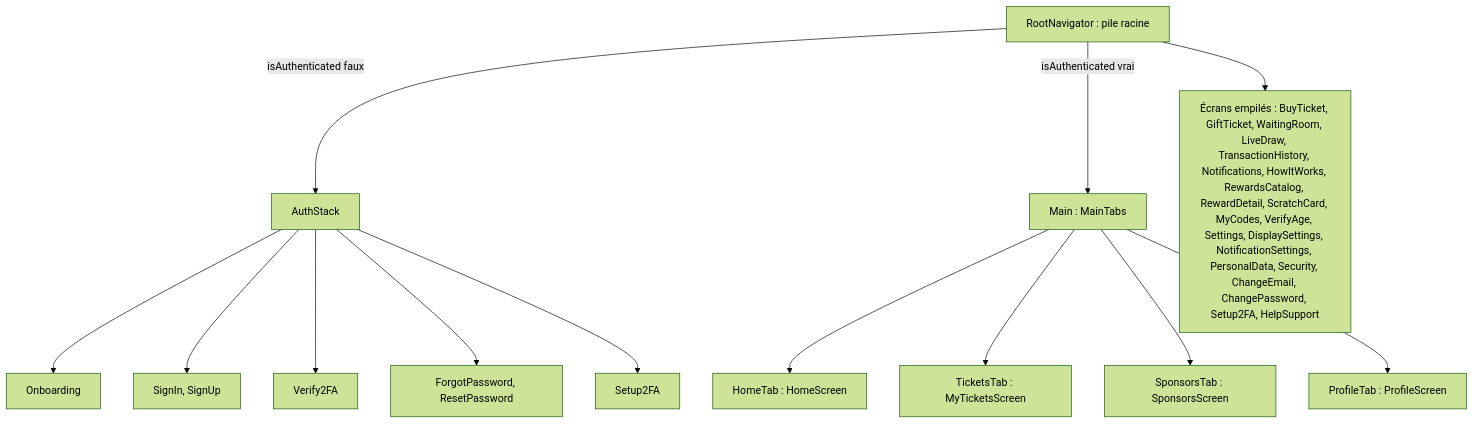
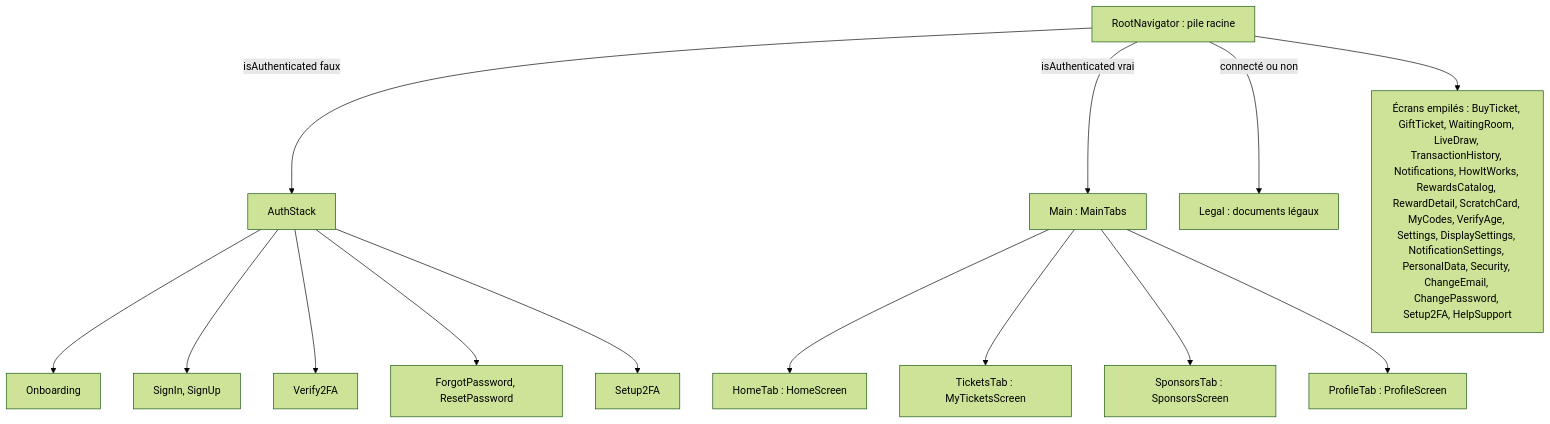
Before and after one commit to MarceauTDML/BlockLucky: the first of 2 diagrams in documentation-officielle/content/mobile/navigation-ecrans.md, drawn with Mermaid (forest theme). The commit also changed other lines of this file and 402 other files, not shown here.

````diff
--- a/documentation-officielle/content/mobile/navigation-ecrans.md
+++ b/documentation-officielle/content/mobile/navigation-ecrans.md
@@ -16,15 +16,16 @@
 ```mermaid
 flowchart TD
   ROOT["RootNavigator : pile racine"] -->|"isAuthenticated faux"| AUTH["AuthStack"]
   ROOT -->|"isAuthenticated vrai"| MAIN["Main : MainTabs"]
+  ROOT -->|"connecté ou non"| LEGAL["Legal : documents légaux"]
   ROOT --> PUSH["Écrans empilés : BuyTicket, GiftTicket, WaitingRoom, LiveDraw, TransactionHistory, Notifications, HowItWorks, RewardsCatalog, RewardDetail, ScratchCard, MyCodes, VerifyAge, Settings, DisplaySettings, NotificationSettings, PersonalData, Security, ChangeEmail, ChangePassword, Setup2FA, HelpSupport"]
   AUTH --> A1["Onboarding"]
   AUTH --> A2["SignIn, SignUp"]
   AUTH --> A3["Verify2FA"]
   AUTH --> A4["ForgotPassword, ResetPassword"]
   AUTH --> A5["Setup2FA"]
   MAIN --> T1["HomeTab : HomeScreen"]
   MAIN --> T2["TicketsTab : MyTicketsScreen"]
   MAIN --> T3["SponsorsTab : SponsorsScreen"]
   MAIN --> T4["ProfileTab : ProfileScreen"]
 ```
````
